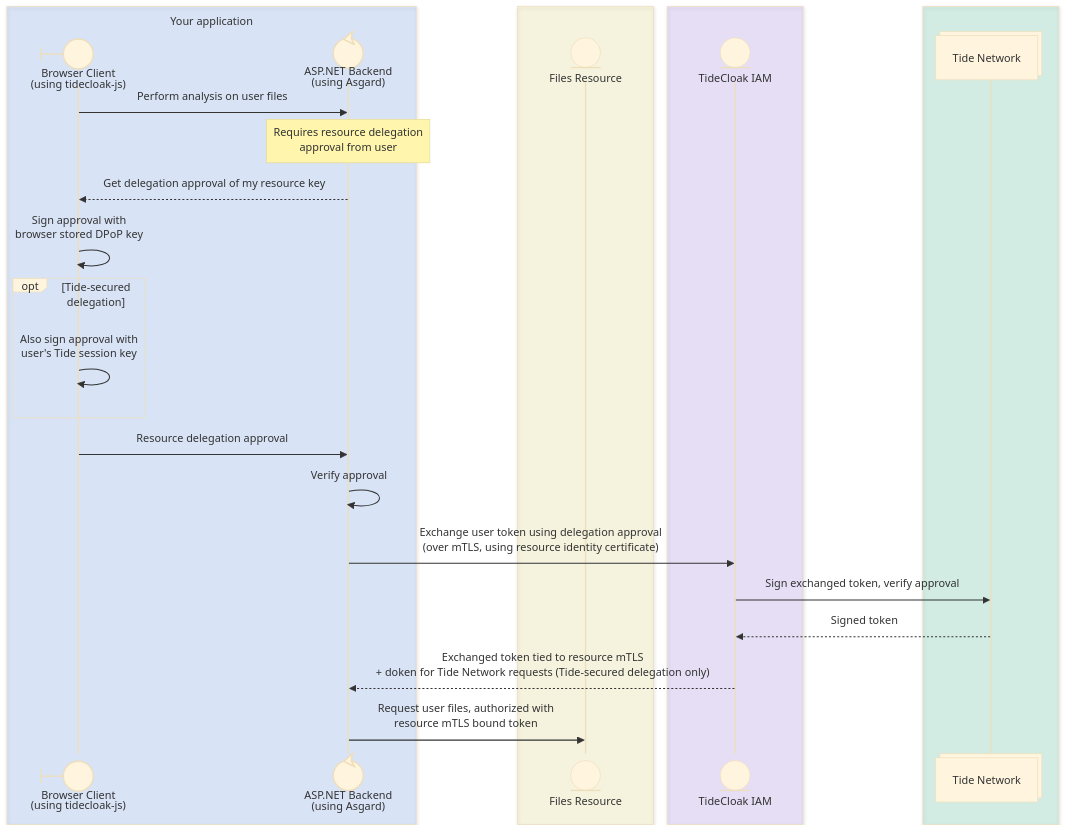
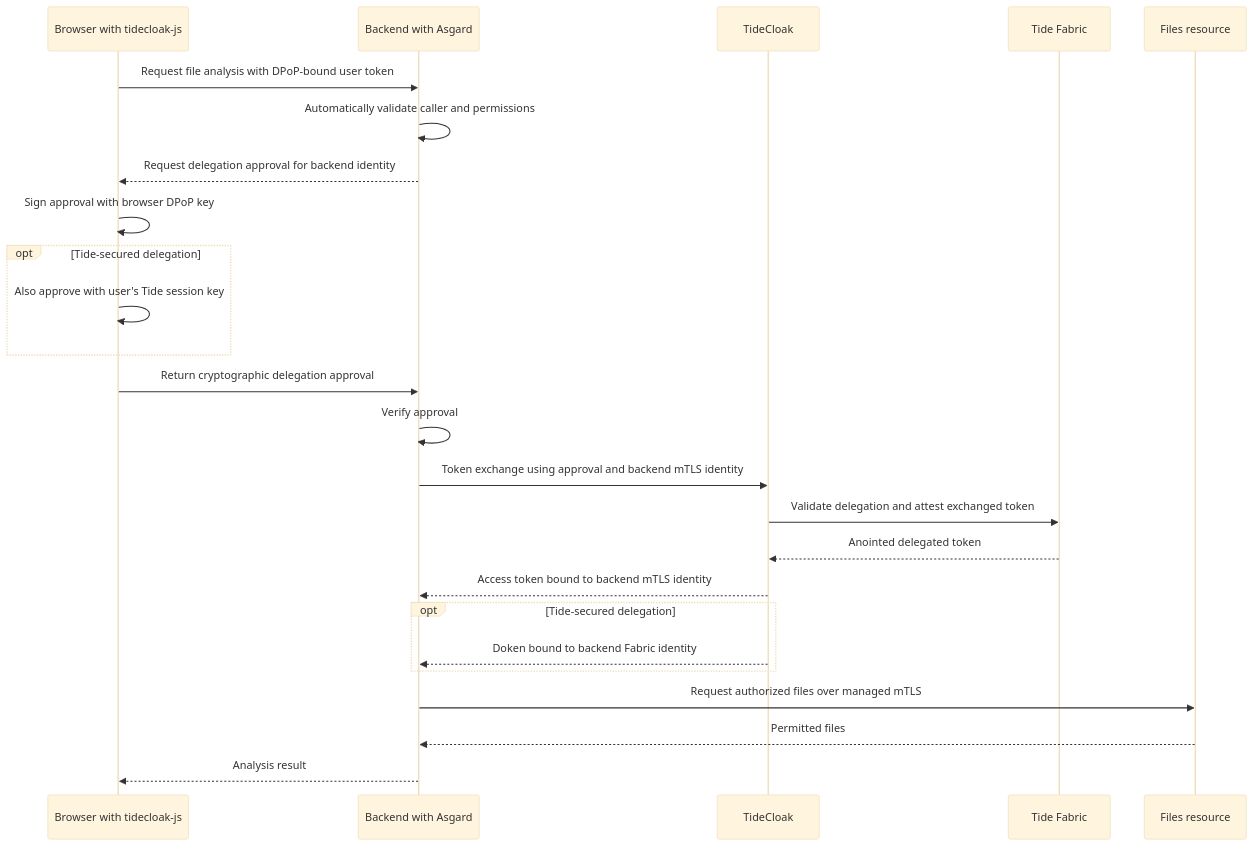
One commit to tide-foundation/asgard changed the second of 3 diagrams in README.md. Above: the diagram before and after it, drawn with Mermaid (base theme). The commit also changed other lines of this file, not shown here.

````diff
--- a/README.md
+++ b/README.md
@@ -117,33 +305,33 @@
 ```mermaid
 sequenceDiagram
-    box rgba(59, 130, 246, 0.15) Your application
-        participant Browser@{ "type": "boundary", "alias": "Browser Client<br/>(using tidecloak-js)" }
-        participant Backend@{ "type": "control", "alias": "ASP.NET Backend<br/>(using Asgard)" }
-    end
-    box rgba(246, 236, 92, 0.15)
-        participant OtherResource@{ "type": "entity", "alias": "Files Resource" }
-    end
-    box rgba(139, 92, 246, 0.15)
-        participant TideCloak@{ "type": "entity", "alias": "TideCloak IAM" }
-    end
-    box rgba(16, 185, 129, 0.15)
-        participant TideNetwork@{ "type": "collections", "alias": "Tide Network" }
+    participant Browser as Browser with tidecloak-js
+    participant Backend as Backend with Asgard
+    participant TC as TideCloak
+    participant Fabric as Tide Fabric
+    participant Files as Files resource
+
+    Browser->>Backend: Request file analysis with DPoP-bound user token
+    Backend->>Backend: Automatically validate caller and permissions
+
+    Backend-->>Browser: Request delegation approval for backend identity
+    Browser->>Browser: Sign approval with browser DPoP key
+
+    opt Tide-secured delegation
+        Browser->>Browser: Also approve with user's Tide session key
     end
 
-    Browser->>Backend: Perform analysis on user files
-    Note over Backend: Requires resource delegation<br/>approval from user
-    Backend-->>Browser: Get delegation approval of my resource key
-    Browser->>Browser: Sign approval with<br/>browser stored DPoP key
+    Browser->>Backend: Return cryptographic delegation approval
+    Backend->>Backend: Verify approval
+    Backend->>TC: Token exchange using approval and backend mTLS identity
+    TC->>Fabric: Validate delegation and attest exchanged token
+    Fabric-->>TC: Anointed delegated token
+    TC-->>Backend: Access token bound to backend mTLS identity
 
     opt Tide-secured delegation
-        Browser->>Browser: Also sign approval with<br/>user's Tide session key
+        TC-->>Backend: Doken bound to backend Fabric identity
     end
 
-    Browser->>Backend: Resource delegation approval
-    Backend->>Backend: Verify approval
-    Backend->>TideCloak: Exchange user token using delegation approval<br/>(over mTLS, using resource identity certificate)
-    TideCloak->>TideNetwork: Sign exchanged token, verify approval
-    TideNetwork-->>TideCloak: Signed token
-    TideCloak-->>Backend: Exchanged token tied to resource mTLS<br/>+ doken for Tide Network requests (Tide-secured delegation only)
-    Backend->>OtherResource: Request user files, authorized with<br/>resource mTLS bound token
+    Backend->>Files: Request authorized files over managed mTLS
+    Files-->>Backend: Permitted files
+    Backend-->>Browser: Analysis result
 ```
````
